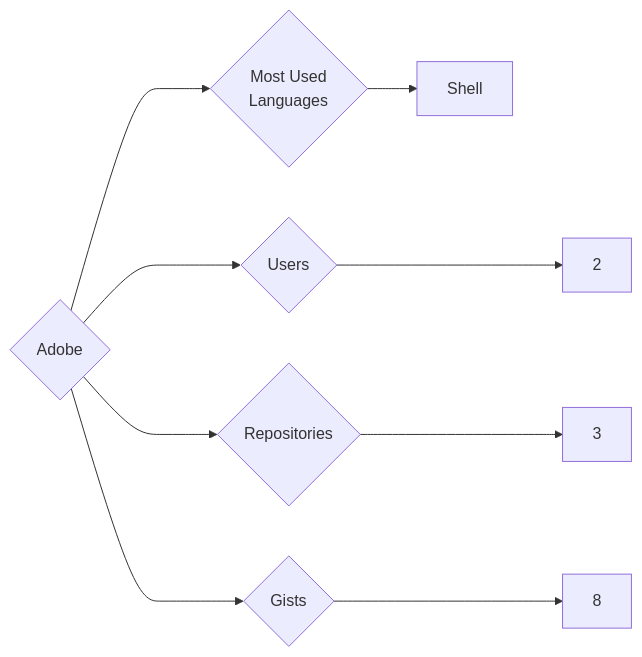
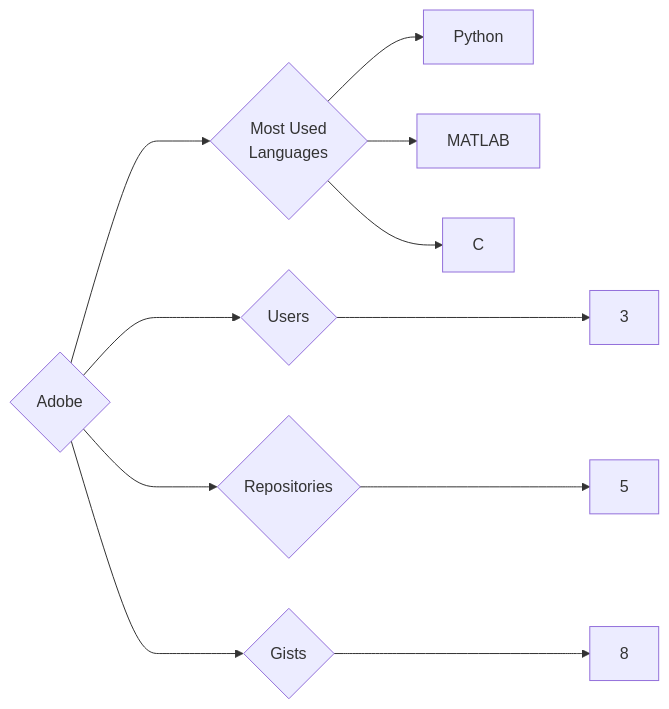
Before and after one commit to trickest/insiders: the diagram in targets/Adobe/README.md, drawn with Mermaid. The commit also changed 1003 other files, not shown here.

````diff
--- a/targets/Adobe/README.md
+++ b/targets/Adobe/README.md
@@ -3,9 +3,11 @@
 ```mermaid
 graph LR
 COMPANY_NAME{Adobe}
-COMPANY_NAME ---> U{Users} ---> UN[2]
-COMPANY_NAME ---> R{Repositories} ---> RN[3]
+COMPANY_NAME ---> U{Users} ---> UN[3]
+COMPANY_NAME ---> R{Repositories} ---> RN[5]
 COMPANY_NAME ---> G{Gists} ---> GN[8]
 COMPANY_NAME ---> ML{Most Used<br>Languages}
-ML --> Shell[Shell]
+ML --> Python[Python]
+ML --> MATLAB[MATLAB]
+ML --> C[C]
 ```
````
